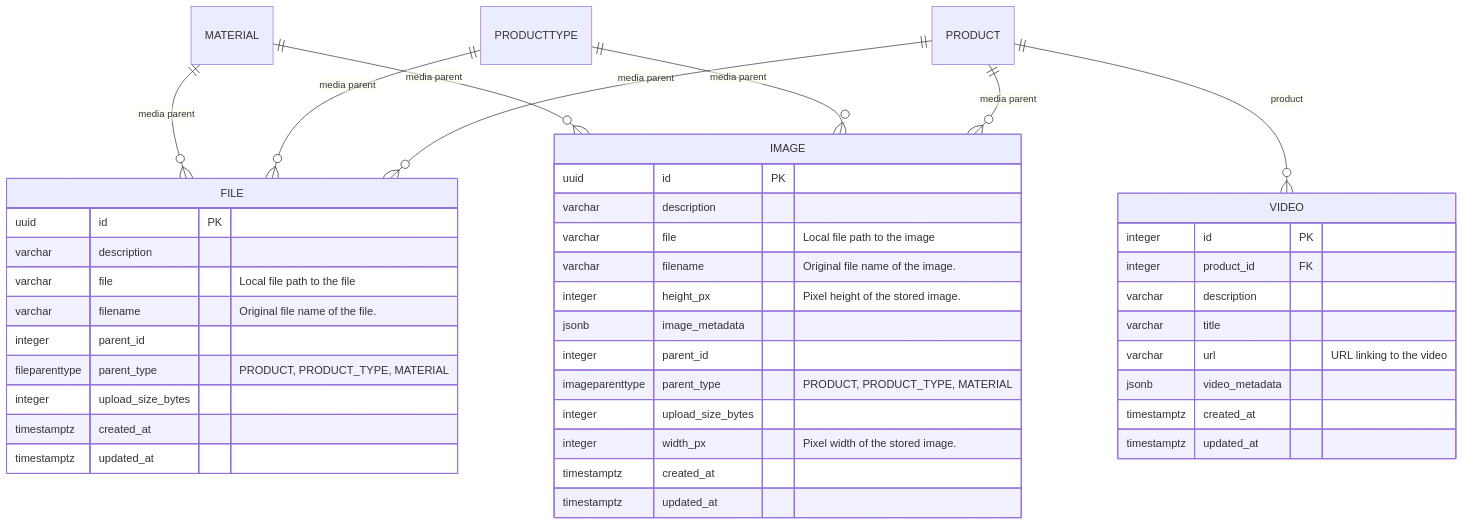
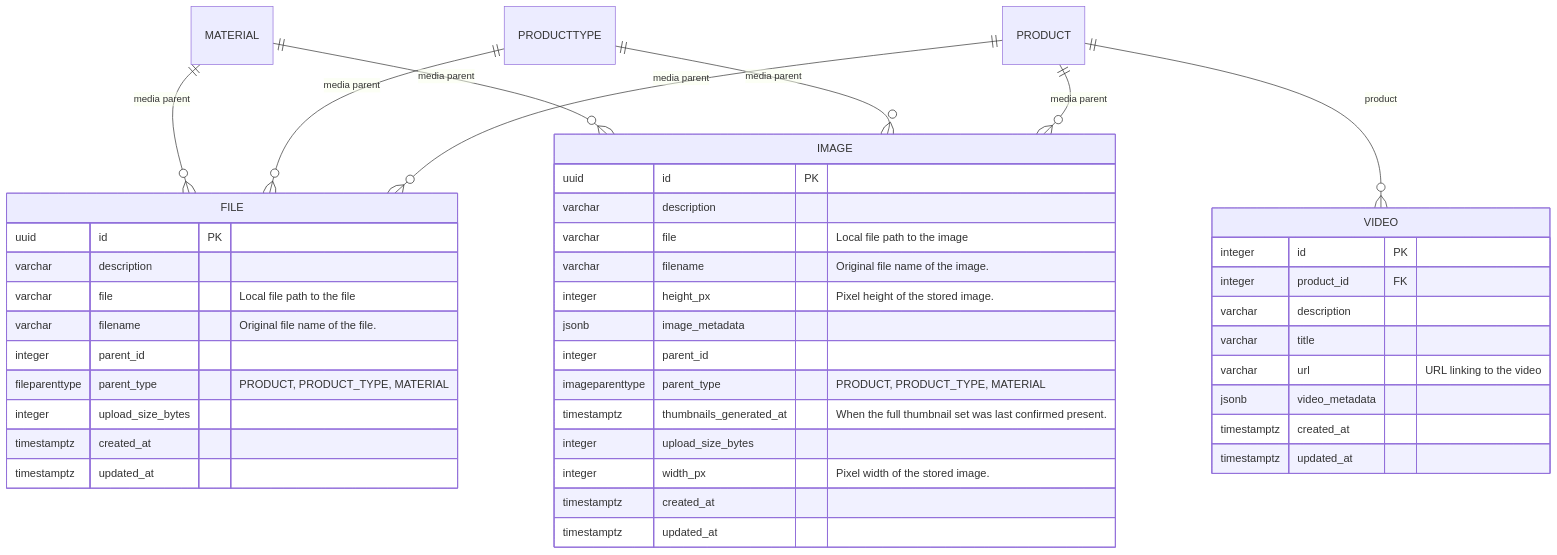
One commit to CMLPlatform/relab changed the diagram in docs/src/components/datamodel/file-storage.generated.mdx. Above: the diagram before and after it, drawn with Mermaid. The commit also changed 69 other files, not shown here.

````diff
--- a/docs/src/components/datamodel/file-storage.generated.mdx
+++ b/docs/src/components/datamodel/file-storage.generated.mdx
@@ -3,51 +3,52 @@
 ```mermaid
 erDiagram
     accTitle: File storage entities
     accDescr: The file storage tables are FILE, IMAGE, VIDEO. Each VIDEO row names exactly one PRODUCT as its product. Each FILE row is attached to exactly one of PRODUCT, PRODUCTTYPE, MATERIAL. Each IMAGE row is attached to exactly one of PRODUCT, PRODUCTTYPE, MATERIAL.
 
     FILE {
         uuid id PK
         varchar description
         varchar file "Local file path to the file"
         varchar filename "Original file name of the file."
         integer parent_id
         fileparenttype parent_type "PRODUCT, PRODUCT_TYPE, MATERIAL"
         integer upload_size_bytes
         timestamptz created_at
         timestamptz updated_at
     }
 
     IMAGE {
         uuid id PK
         varchar description
         varchar file "Local file path to the image"
         varchar filename "Original file name of the image."
         integer height_px "Pixel height of the stored image."
         jsonb image_metadata
         integer parent_id
         imageparenttype parent_type "PRODUCT, PRODUCT_TYPE, MATERIAL"
+        timestamptz thumbnails_generated_at "When the full thumbnail set was last confirmed present."
         integer upload_size_bytes
         integer width_px "Pixel width of the stored image."
         timestamptz created_at
         timestamptz updated_at
     }
 
     VIDEO {
         integer id PK
         integer product_id FK
         varchar description
         varchar title
         varchar url "URL linking to the video"
         jsonb video_metadata
         timestamptz created_at
         timestamptz updated_at
     }
 
     PRODUCT ||--o{ FILE : "media parent"
     PRODUCTTYPE ||--o{ FILE : "media parent"
     MATERIAL ||--o{ FILE : "media parent"
     PRODUCT ||--o{ IMAGE : "media parent"
     PRODUCTTYPE ||--o{ IMAGE : "media parent"
     MATERIAL ||--o{ IMAGE : "media parent"
     PRODUCT ||--o{ VIDEO : "product"
 ```
````
